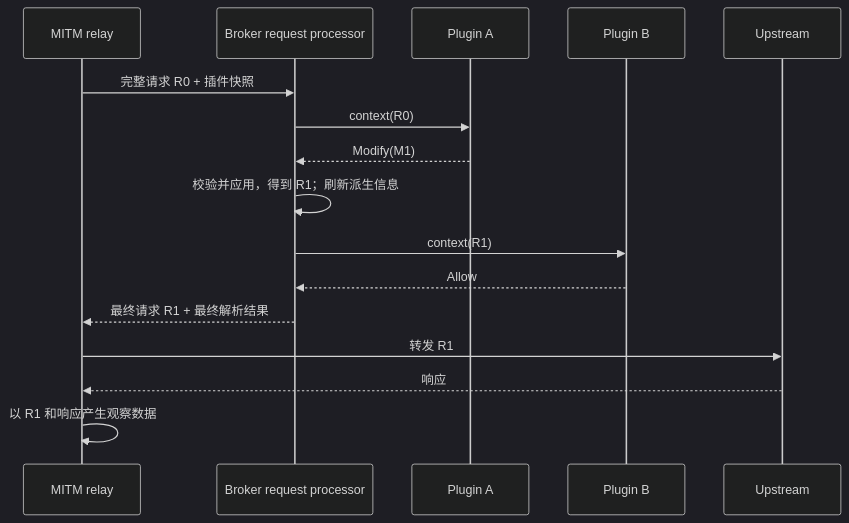
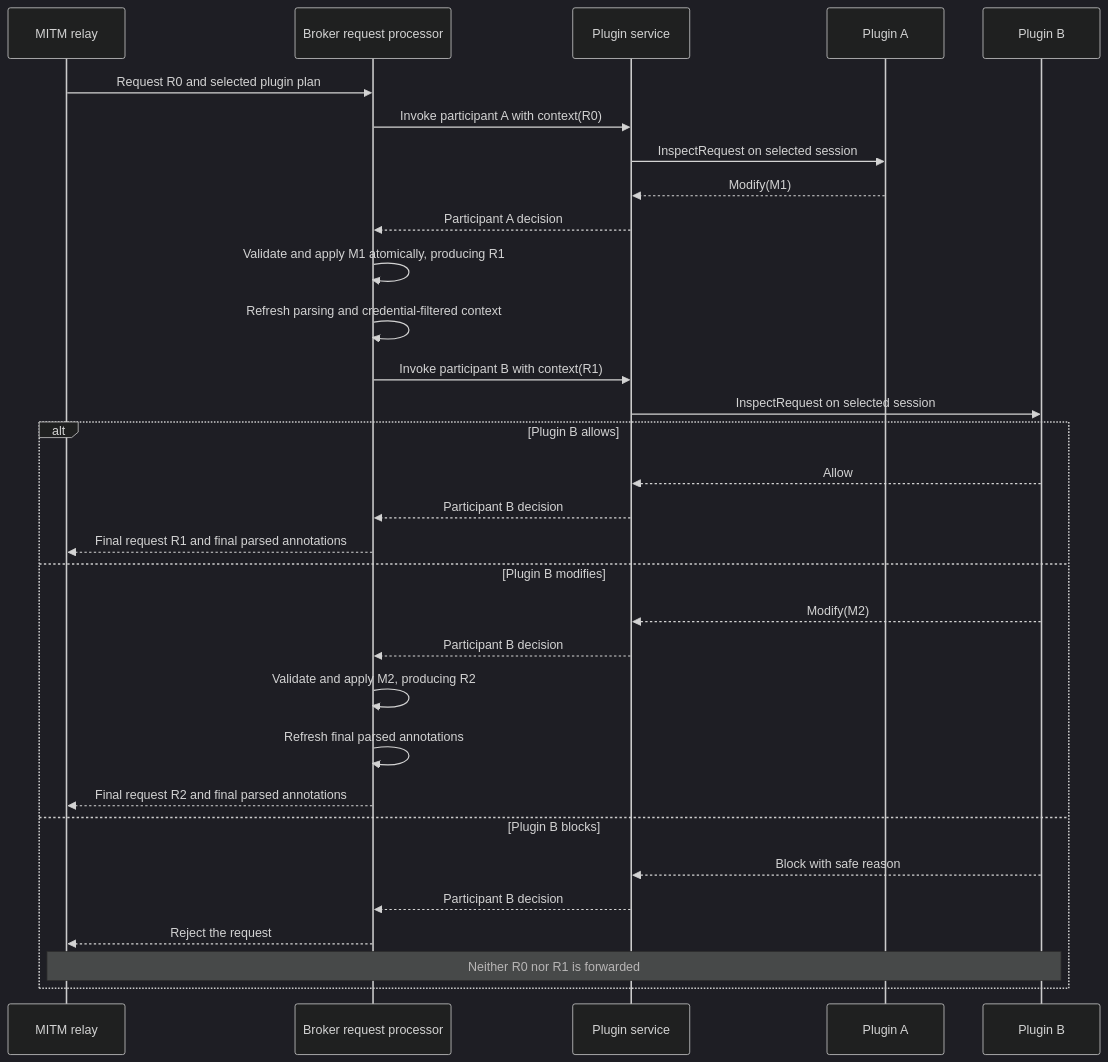
Before and after one commit to lexmount/abyss-rs: the first of 3 diagrams in docs/request-mutation-design.md, drawn with Mermaid (dark theme). The commit also changed other lines of this file, not shown here.

First line of the commit message:
docs: translate mutation design and add diagrams

````diff
--- a/docs/request-mutation-design.md
+++ b/docs/request-mutation-design.md
@@ -40,18 +189,33 @@
 ```mermaid
 sequenceDiagram
-    participant R as MITM relay
+    participant M as MITM relay
     participant B as Broker request processor
+    participant S as Plugin service
     participant P1 as Plugin A
     participant P2 as Plugin B
-    participant U as Upstream
-    R->>B: 完整请求 R0 + 插件快照
-    B->>P1: context(R0)
-    P1-->>B: Modify(M1)
-    B->>B: 校验并应用，得到 R1；刷新派生信息
-    B->>P2: context(R1)
-    P2-->>B: Allow
-    B-->>R: 最终请求 R1 + 最终解析结果
-    R->>U: 转发 R1
-    U-->>R: 响应
-    R->>R: 以 R1 和响应产生观察数据
+    M->>B: Request R0 and selected plugin plan
+    B->>S: Invoke participant A with context(R0)
+    S->>P1: InspectRequest on selected session
+    P1-->>S: Modify(M1)
+    S-->>B: Participant A decision
+    B->>B: Validate and apply M1 atomically, producing R1
+    B->>B: Refresh parsing and credential-filtered context
+    B->>S: Invoke participant B with context(R1)
+    S->>P2: InspectRequest on selected session
+    alt Plugin B allows
+        P2-->>S: Allow
+        S-->>B: Participant B decision
+        B-->>M: Final request R1 and final parsed annotations
+    else Plugin B modifies
+        P2-->>S: Modify(M2)
+        S-->>B: Participant B decision
+        B->>B: Validate and apply M2, producing R2
+        B->>B: Refresh final parsed annotations
+        B-->>M: Final request R2 and final parsed annotations
+    else Plugin B blocks
+        P2-->>S: Block with safe reason
+        S-->>B: Participant B decision
+        B-->>M: Reject the request
+        Note over M,P2: Neither R0 nor R1 is forwarded
+    end
 ```
````
